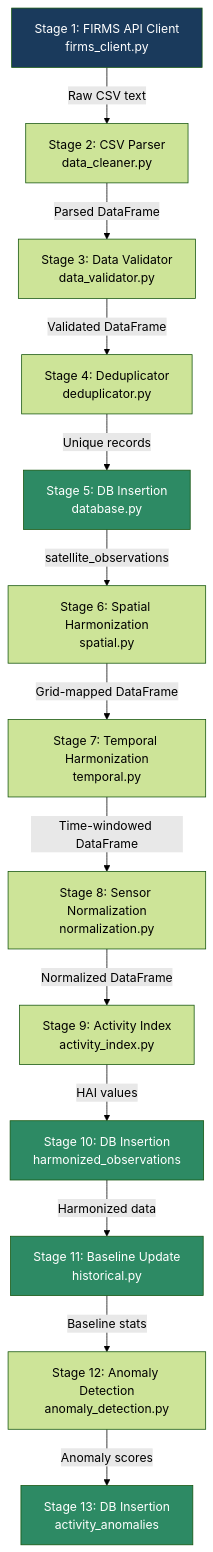
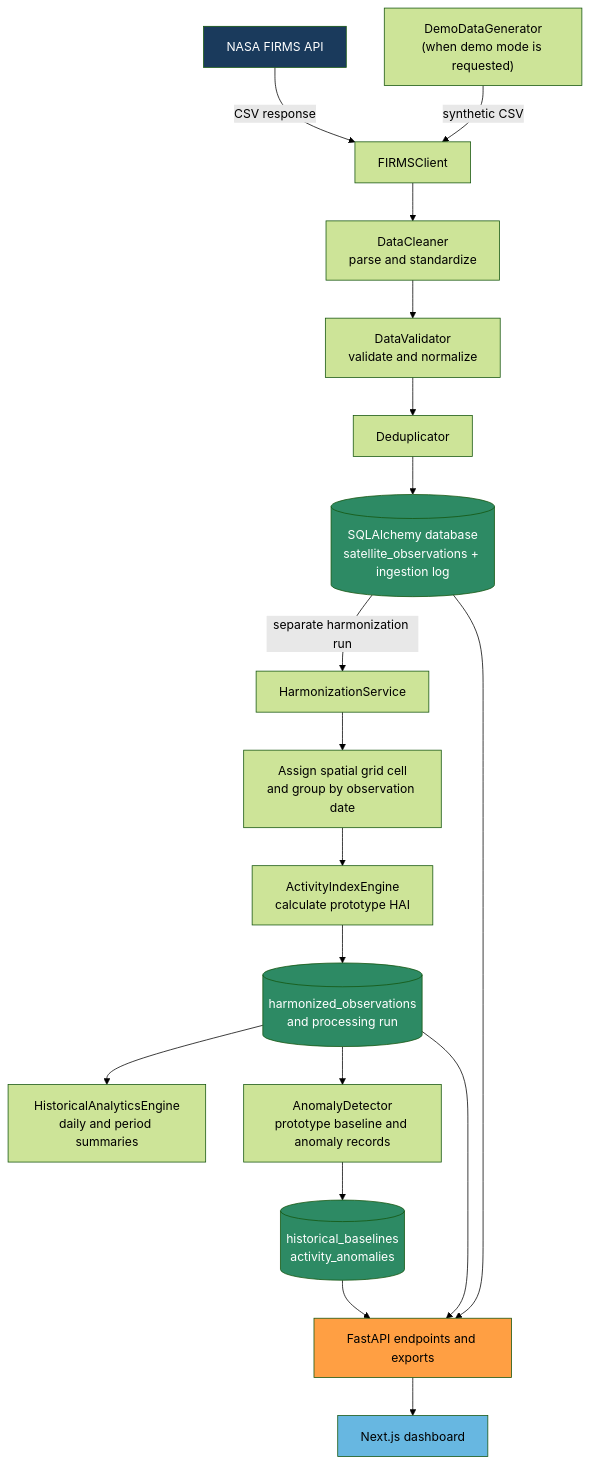
Before and after one commit to rid-coder-70/firedna: the diagram in docs/DATA_PIPELINE.md, drawn with Mermaid (forest theme). The commit also changed 4 other files, not shown here.

Commit message:
Enhance documentation: Update README, development roadmap, system architecture, and UI/UX design to reflect project status and clarify functionality

````diff
--- a/docs/DATA_PIPELINE.md
+++ b/docs/DATA_PIPELINE.md
@@ -13,20 +13,28 @@
 ```mermaid
 flowchart TD
-    A["Stage 1: FIRMS API Client\nfirms_client.py"] -->|Raw CSV text| B["Stage 2: CSV Parser\ndata_cleaner.py"]
-    B -->|Parsed DataFrame| C["Stage 3: Data Validator\ndata_validator.py"]
-    C -->|Validated DataFrame| D["Stage 4: Deduplicator\ndeduplicator.py"]
-    D -->|Unique records| E["Stage 5: DB Insertion\ndatabase.py"]
-    E -->|satellite_observations| F["Stage 6: Spatial Harmonization\nspatial.py"]
-    F -->|Grid-mapped DataFrame| G["Stage 7: Temporal Harmonization\ntemporal.py"]
-    G -->|Time-windowed DataFrame| H["Stage 8: Sensor Normalization\nnormalization.py"]
-    H -->|Normalized DataFrame| I["Stage 9: Activity Index\nactivity_index.py"]
-    I -->|HAI values| J["Stage 10: DB Insertion\nharmonized_observations"]
-    J -->|Harmonized data| K["Stage 11: Baseline Update\nhistorical.py"]
-    K -->|Baseline stats| L["Stage 12: Anomaly Detection\nanomaly_detection.py"]
-    L -->|Anomaly scores| M["Stage 13: DB Insertion\nactivity_anomalies"]
-    style A fill:#1a3a5c,color:#fff
-    style E fill:#2D8A64,color:#fff
-    style J fill:#2D8A64,color:#fff
-    style K fill:#2D8A64,color:#fff
-    style M fill:#2D8A64,color:#fff
+    FIRMS["NASA FIRMS API"] -->|CSV response| Client["FIRMSClient"]
+    Demo["DemoDataGenerator<br/>(when demo mode is requested)"] -->|synthetic CSV| Client
+    Client --> Parser["DataCleaner<br/>parse and standardize"]
+    Parser --> Validator["DataValidator<br/>validate and normalize"]
+    Validator --> Deduplicator["Deduplicator"]
+    Deduplicator --> RawStore[("SQLAlchemy database<br/>satellite_observations + ingestion log")]
+
+    RawStore -->|separate harmonization run| Service["HarmonizationService"]
+    Service --> Grid["Assign spatial grid cell<br/>and group by observation date"]
+    Grid --> HAI["ActivityIndexEngine<br/>calculate prototype HAI"]
+    HAI --> DerivedStore[("harmonized_observations<br/>and processing run")]
+
+    DerivedStore --> History["HistoricalAnalyticsEngine<br/>daily and period summaries"]
+    DerivedStore --> Anomaly["AnomalyDetector<br/>prototype baseline and anomaly records"]
+    Anomaly --> AnomalyStore[("historical_baselines<br/>activity_anomalies")]
+    RawStore --> API["FastAPI endpoints and exports"]
+    DerivedStore --> API
+    AnomalyStore --> API
+    API --> Frontend["Next.js dashboard"]
+    style FIRMS fill:#1a3a5c,color:#fff
+    style RawStore fill:#2D8A64,color:#fff
+    style DerivedStore fill:#2D8A64,color:#fff
+    style AnomalyStore fill:#2D8A64,color:#fff
+    style API fill:#FF9F43,color:#000
+    style Frontend fill:#67B7E1,color:#000
 ```
````
